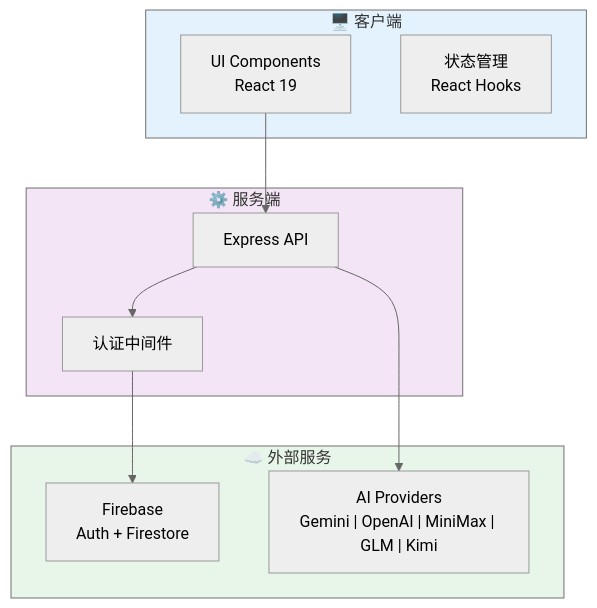
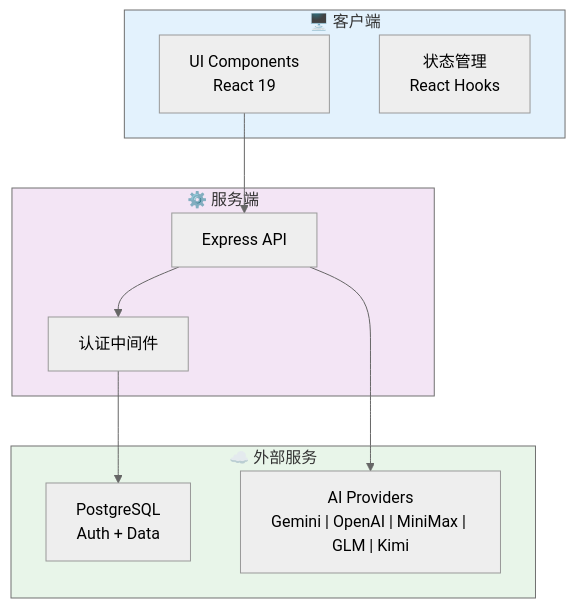
The first of 3 diagrams in README.md (JesstLe/OpenSynapse), drawn with Mermaid (neutral theme) before and after one commit. The commit also changed other lines of this file and 18 other files, not shown here.

````diff
--- a/README.md
+++ b/README.md
@@ -296,24 +303,24 @@
 ```mermaid
 flowchart TB
     subgraph Client["🖥️ 客户端"]
         UI["UI Components<br/>React 19"]
         State["状态管理<br/>React Hooks"]
     end
     
     subgraph Server["⚙️ 服务端"]
         API["Express API"]
         Auth["认证中间件"]
     end
     
     subgraph Services["☁️ 外部服务"]
-        FB["Firebase<br/>Auth + Firestore"]
+        DB["PostgreSQL<br/>Auth + Data"]
         AI["AI Providers<br/>Gemini | OpenAI | MiniMax | GLM | Kimi"]
     end
     
-    UI --> API --> Auth --> FB
+    UI --> API --> Auth --> DB
     API --> AI
     
     style Client fill:#e3f2fd
     style Server fill:#f3e5f5
     style Services fill:#e8f5e9
 ```
````
